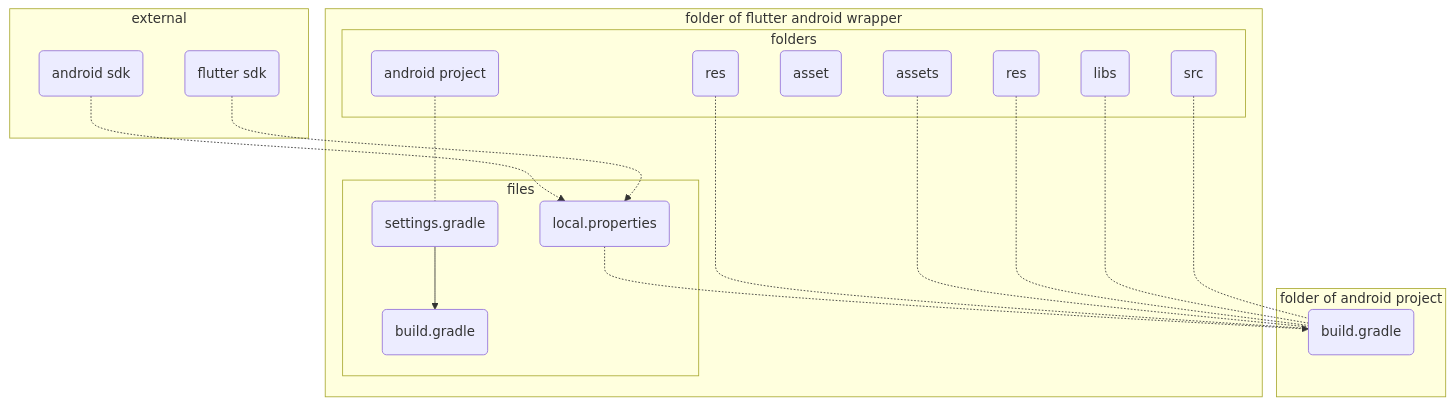
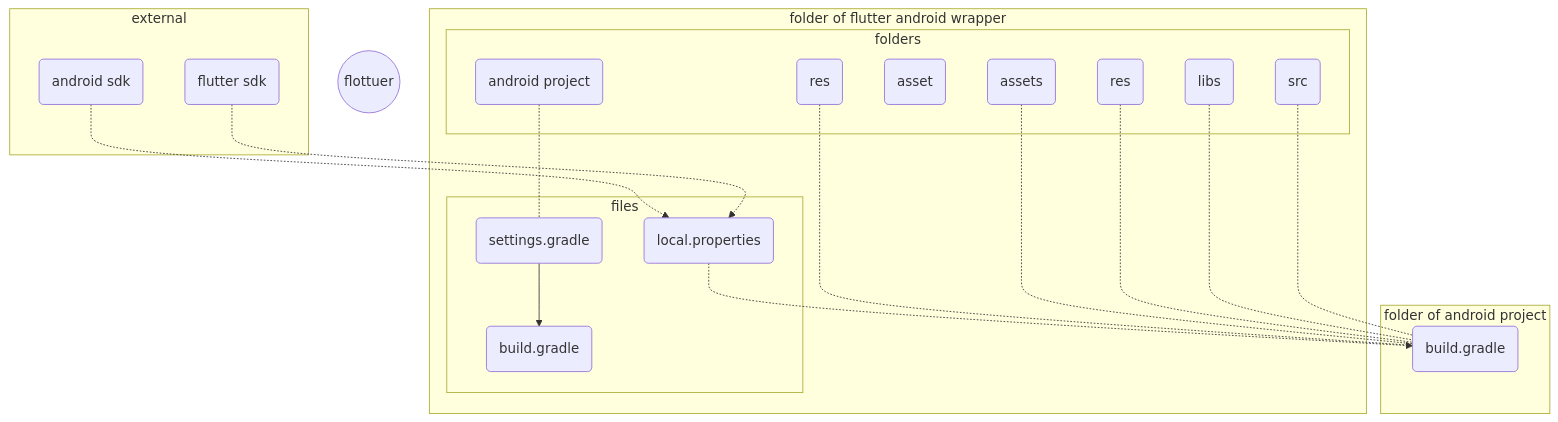
The second of 2 diagrams in flutter/addAndroidProjIntoFlutter.md (gordianknotC/nxp_note), drawn with Mermaid before and after one commit. The commit also changed other lines of this file, not shown here.

Commit message:
flutter/addAndroidProjIntoFlutter.md updated from https://stackedit.io/

````diff
--- a/flutter/addAndroidProjIntoFlutter.md
+++ b/flutter/addAndroidProjIntoFlutter.md
@@ -228,41 +228,42 @@
 ```mermaid
+
 graph TB
-	
 	subgraph folder of flutter android wrapper
 		subgraph files
 			WS(settings.gradle) --> WB(build.gradle)
 			WL(local.properties)
 		end
 		
 		subgraph folders
 			WR(res)
 			WP(android project)
 			WT(asset)
 		end
 	end
 	
 	subgraph folder of android project
 		AB(build.gradle)
 		 subgraph folders
 			 AR(res) 
 			 AT(assets)
 			 AL(libs)
 			 AC(src)
 		 end
 	end	 
 	
 	WP -.- WS
 	WR -.- AB
 	AT -.- AB
 	AR -.- AB
 	AL -.- AB
 	AC -.- AB
 	WL -.-> AB
 	
 	subgraph external
 		ADK(android sdk)-.->WL
 		FDK(flutter sdk)-.->WL
 	end
 	
+	F((flottuer))
 
 ```
````
